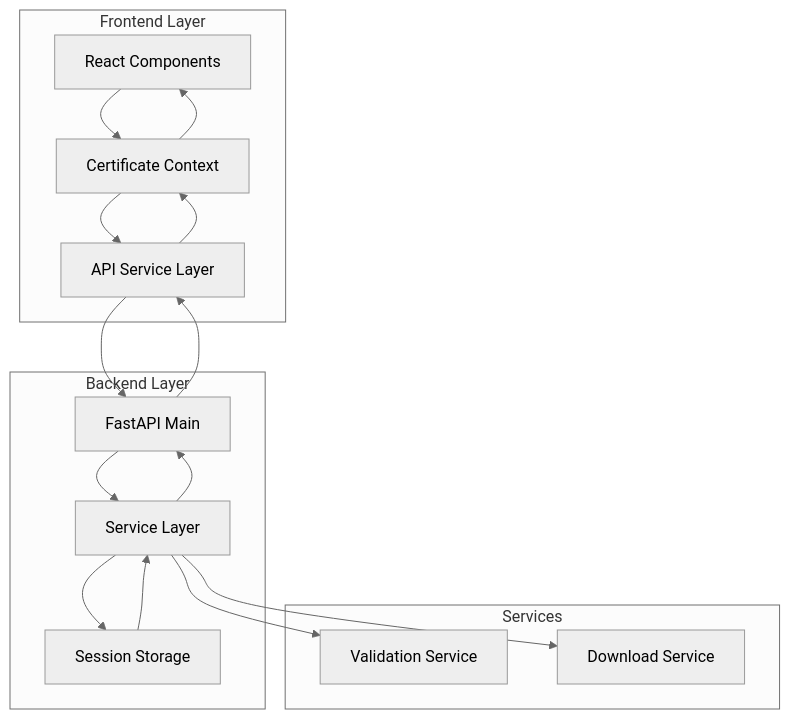
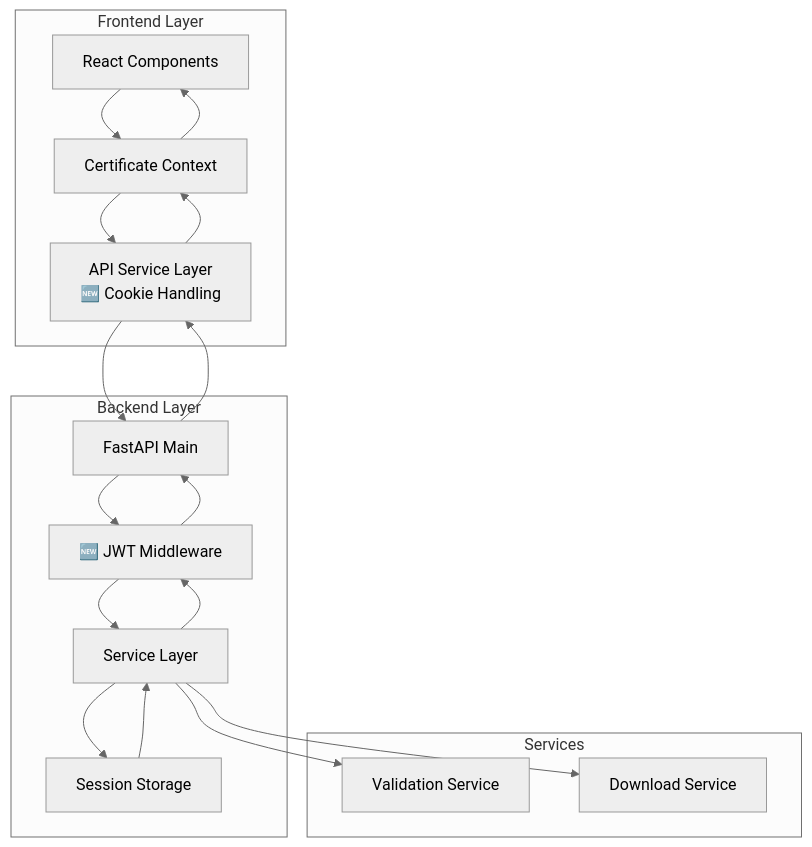
One commit to fuhdan/certificate-tools changed the ninth of 11 diagrams in TECHNICAL.md. Above: the diagram before and after it, drawn with Mermaid (neutral theme). The commit also changed other lines of this file and 1 other file, not shown here.

````diff
--- a/TECHNICAL.md
+++ b/TECHNICAL.md
@@ -788,32 +914,35 @@
 ```mermaid
 graph TD
     subgraph "Frontend Layer"
         UI[React Components]
         CTX[Certificate Context]
-        API[API Service Layer]
+        API[API Service Layer<br/>🆕 Cookie Handling]
     end
     
     subgraph "Backend Layer"
         MAIN[FastAPI Main]
+        JWT[🆕 JWT Middleware]
         SVC[Service Layer]
         STORE[Session Storage]
     end
     
     subgraph "Services"
         VS[Validation Service]
         DS[Download Service]
     end
     
     UI --> CTX
     CTX --> API
     API --> MAIN
-    MAIN --> SVC
+    MAIN --> JWT
+    JWT --> SVC
     SVC --> VS
     SVC --> DS
     SVC --> STORE
     STORE --> SVC
-    SVC --> MAIN
+    SVC --> JWT
+    JWT --> MAIN
     MAIN --> API
     API --> CTX
     CTX --> UI
 ```
````
